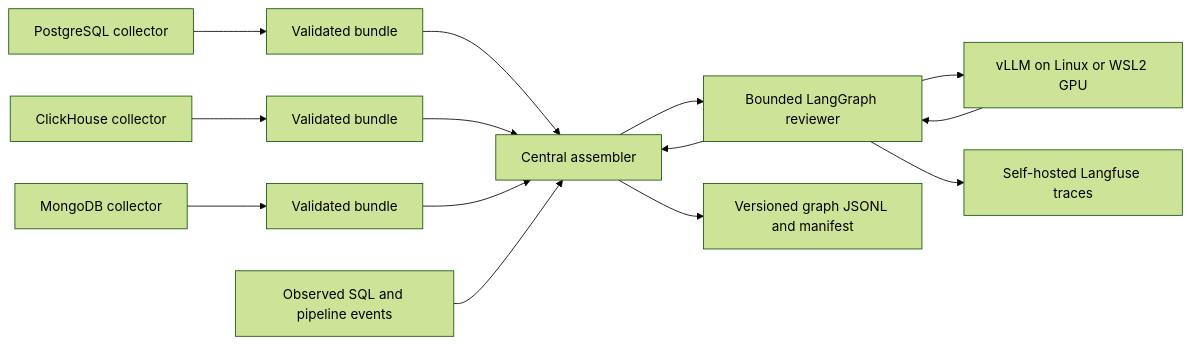
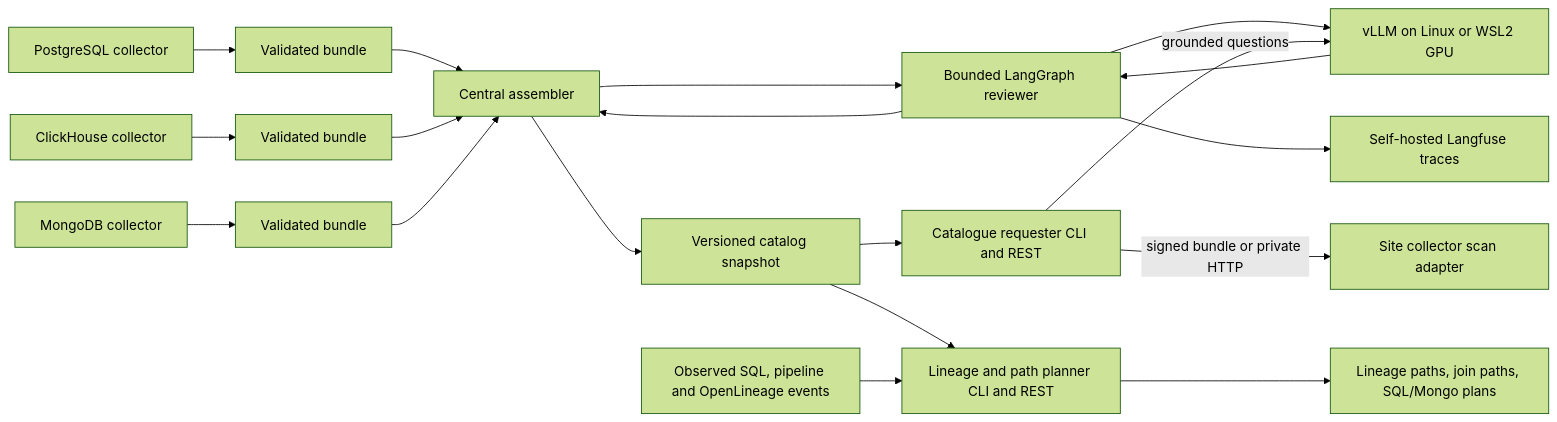
One commit to bayern4teams/db-catalogue changed the diagram in README.md. Above: the diagram before and after it, drawn with Mermaid (forest theme). The commit also changed other lines of this file and 5 other files, not shown here.

Commit message:
Document independent requester and planner architecture

````diff
--- a/README.md
+++ b/README.md
@@ -9,16 +9,21 @@
 ```mermaid
 flowchart LR
   PG[PostgreSQL collector] --> B1[Validated bundle]
   CH[ClickHouse collector] --> B2[Validated bundle]
   MO[MongoDB collector] --> B3[Validated bundle]
   B1 --> A[Central assembler]
   B2 --> A
   B3 --> A
-  P[Observed SQL and pipeline events] --> A
   A --> L[Bounded LangGraph reviewer]
   L --> V[vLLM on Linux or WSL2 GPU]
   V --> L
   L --> F[Self-hosted Langfuse traces]
   L --> A
-  A --> IR[Versioned graph JSONL and manifest]
+  A --> IR[Versioned catalog snapshot]
+  IR --> R[Catalogue requester CLI and REST]
+  IR --> P[Lineage and path planner CLI and REST]
+  O[Observed SQL, pipeline and OpenLineage events] --> P
+  R -->|signed bundle or private HTTP| C[Site collector scan adapter]
+  R -->|grounded questions| V
+  P --> X[Lineage paths, join paths, SQL/Mongo plans]
 ```
````
